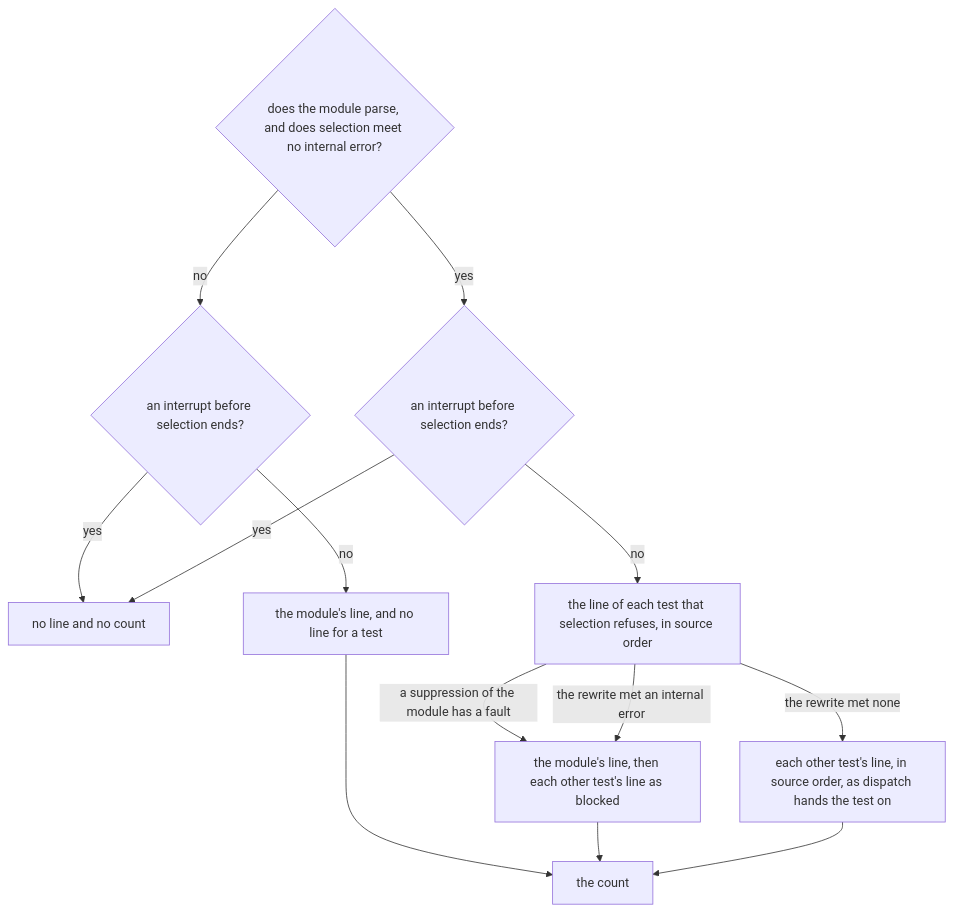
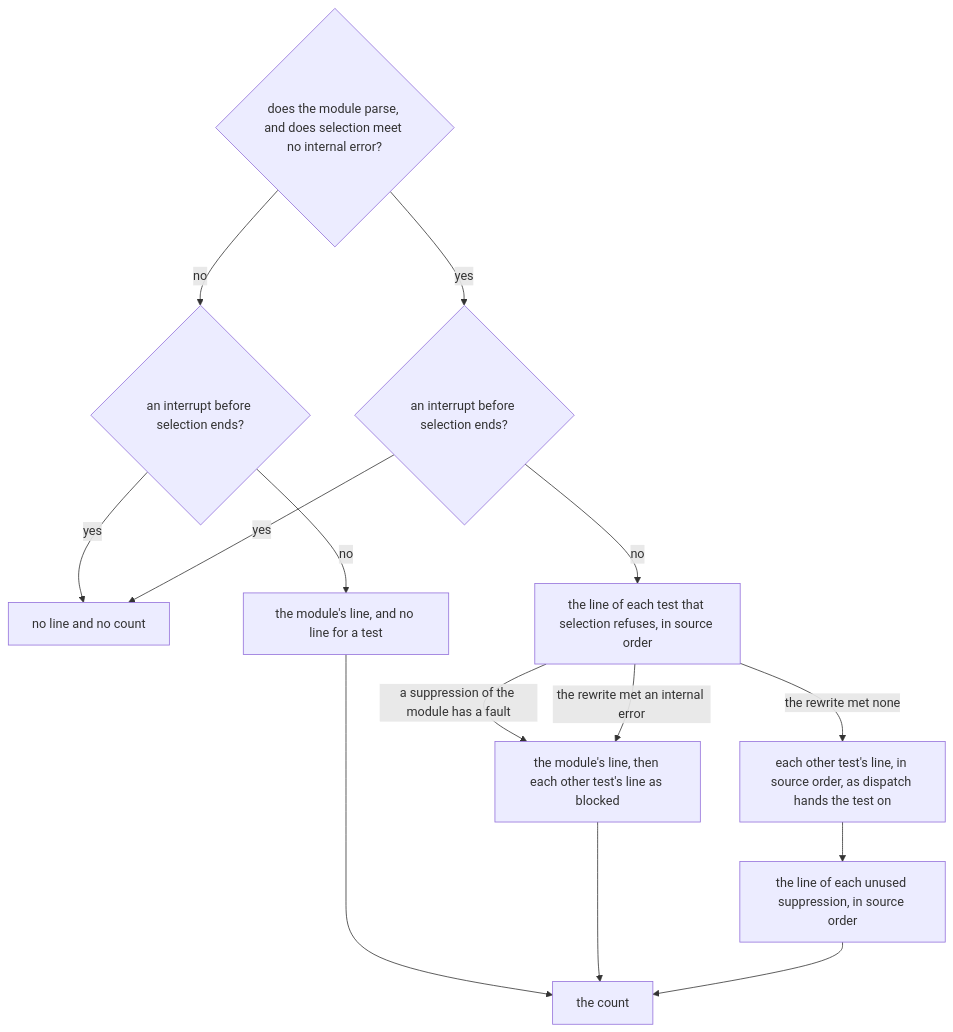
One commit to kalonji-tools/purba changed the diagram in docs/decisions/a-tester-runs-purba-on-one-module-and-reads-one-line-for-each-test.md. Above: the diagram before and after it, drawn with Mermaid. The commit also changed other lines of this file and 5 other files, not shown here.

Commit message:
docs(decisions): state when an unused suppression fails the run (#1032)

````diff
--- a/docs/decisions/a-tester-runs-purba-on-one-module-and-reads-one-line-for-each-test.md
+++ b/docs/decisions/a-tester-runs-purba-on-one-module-and-reads-one-line-for-each-test.md
@@ -45,16 +45,17 @@
   ```mermaid
   flowchart TD
     parse{"does the module parse, and does selection meet no internal error?"}
     parse -- no --> stopped{"an interrupt before selection ends?"}
     parse -- yes --> selected{"an interrupt before selection ends?"}
     stopped -- yes --> silent["no line and no count"]
     selected -- yes --> silent
     stopped -- no --> module["the module's line, and no line for a test"]
     selected -- no --> refused["the line of each test that selection refuses, in source order"]
     refused -- "a suppression of the module has a fault" --> blocked
     refused -- "the rewrite met an internal error" --> blocked["the module's line, then each other test's line as blocked"]
     refused -- "the rewrite met none" --> others["each other test's line, in source order, as dispatch hands the test on"]
     module --> count["the count"]
     blocked --> count
-    others --> count
+    others --> unused["the line of each unused suppression, in source order"]
+    unused --> count
   ```
````
